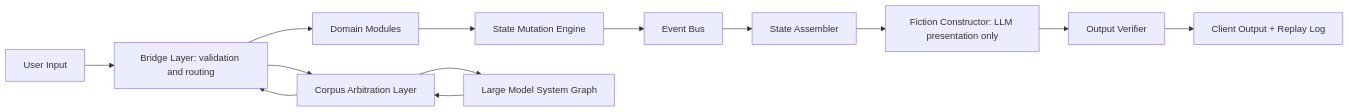
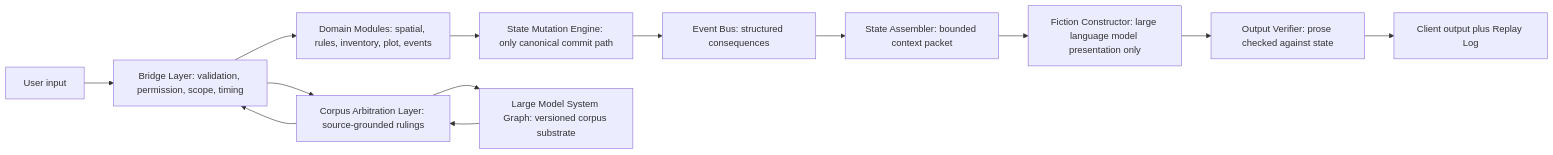
One commit to robert-kurcina/vault-age changed the diagram in 10_Core_Runtime_and_Bridge/WP_01_Core_Runtime_and_Bridge.md. Above: the diagram before and after it, drawn with Mermaid. The commit also changed other lines of this file and 21 other files, not shown here.

````diff
--- a/10_Core_Runtime_and_Bridge/WP_01_Core_Runtime_and_Bridge.md
+++ b/10_Core_Runtime_and_Bridge/WP_01_Core_Runtime_and_Bridge.md
@@ -37,15 +19,15 @@
 ```mermaid
 flowchart LR
-    User[User Input] --> Bridge[Bridge Layer: validation and routing]
-    Bridge --> Modules[Domain Modules]
-    Modules --> Mutation[State Mutation Engine]
-    Mutation --> Bus[Event Bus]
-    Bus --> Assembler[State Assembler]
-    Assembler --> Fiction[Fiction Constructor: LLM presentation only]
-    Fiction --> Verifier[Output Verifier]
-    Verifier --> Client[Client Output + Replay Log]
-    Bridge --> CAL[Corpus Arbitration Layer]
-    CAL --> LMS[Large Model System Graph]
+    User[User input] --> Bridge[Bridge Layer: validation, permission, scope, timing]
+    Bridge --> Modules[Domain Modules: spatial, rules, inventory, plot, events]
+    Modules --> Mutation[State Mutation Engine: only canonical commit path]
+    Mutation --> Bus[Event Bus: structured consequences]
+    Bus --> Assembler[State Assembler: bounded context packet]
+    Assembler --> Fiction[Fiction Constructor: large language model presentation only]
+    Fiction --> Verifier[Output Verifier: prose checked against state]
+    Verifier --> Client[Client output plus Replay Log]
+    Bridge --> CAL[Corpus Arbitration Layer: source-grounded rulings]
+    CAL --> LMS[Large Model System Graph: versioned corpus substrate]
     LMS --> CAL
     CAL --> Bridge
 ```
````
